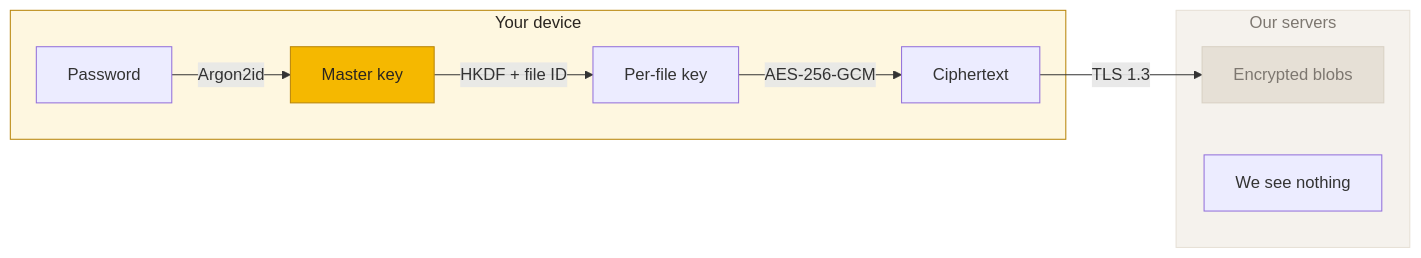
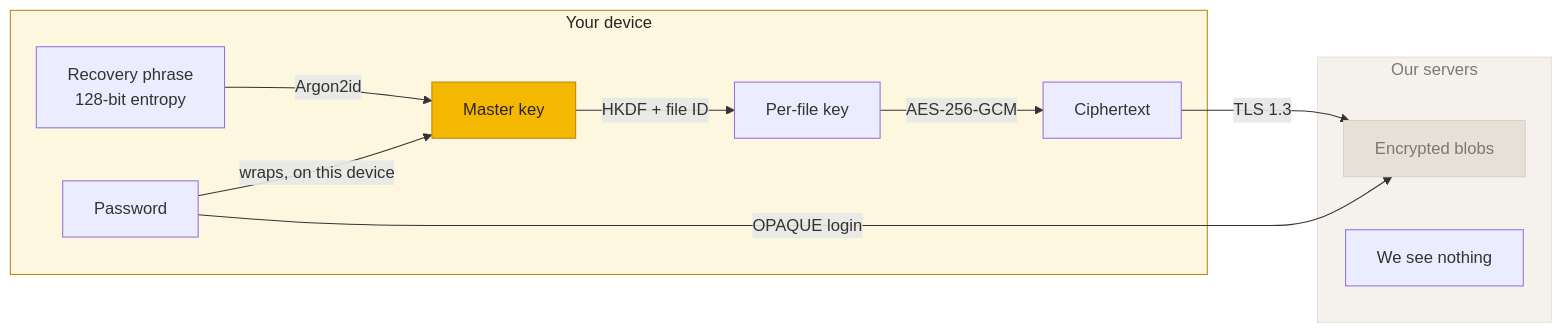
One commit to beebeeb-io/.github changed the diagram in profile/README.md. Above: the diagram before and after it, drawn with Mermaid. The commit also changed other lines of this file, not shown here.

Commit message:
docs(profile): drop private site repo, canon authorship disclosure, fix key diagram
- Remove the `site` row from the Repositories table: the repo is private, the
  link 404s for every reader, and it sat under "Every client app is open source".
- Add the canon Authorship disclosure (docs/canon/public-claims.md): "engineered
  with AI coding agents under our review; not yet externally audited". The same
  sentence lands in beebeeb-io/core README.md in the paired PR.
- Redraw the encryption diagram: the master key comes from the recovery phrase
  (128-bit BIP39 entropy -> Argon2id), not from the password. The password signs
  in through OPAQUE and wraps the master key on the device
  (core beebeeb-core/src/recovery.rs:16-21).

Claude-Session: https://claude.ai/code/session_01DgchRW6nwt7AfLUhjJrS79

````diff
--- a/profile/README.md
+++ b/profile/README.md
@@ -44,20 +43,23 @@
 ```mermaid
 flowchart LR
     subgraph device["Your device"]
-        A[Password] -->|Argon2id| B[Master key]
+        R[Recovery phrase<br/>128-bit entropy] -->|Argon2id| B[Master key]
+        P[Password] -->|wraps, on this device| B
         B -->|HKDF + file ID| C[Per-file key]
         C -->|AES-256-GCM| D[Ciphertext]
     end
+
+    P -->|OPAQUE login| E
 
     D -->|TLS 1.3| E
 
     subgraph server["Our servers"]
         E[Encrypted blobs]
         F[We see nothing]
     end
 
     style device fill:#fef7e0,stroke:#b8860b,color:#2a2520
     style server fill:#f5f2ed,stroke:#e6e0d6,color:#7d7770
     style B fill:#f5b800,stroke:#b8860b,color:#2a2520
     style E fill:#e6e0d6,stroke:#d9d1c4,color:#7d7770
 ```
````
